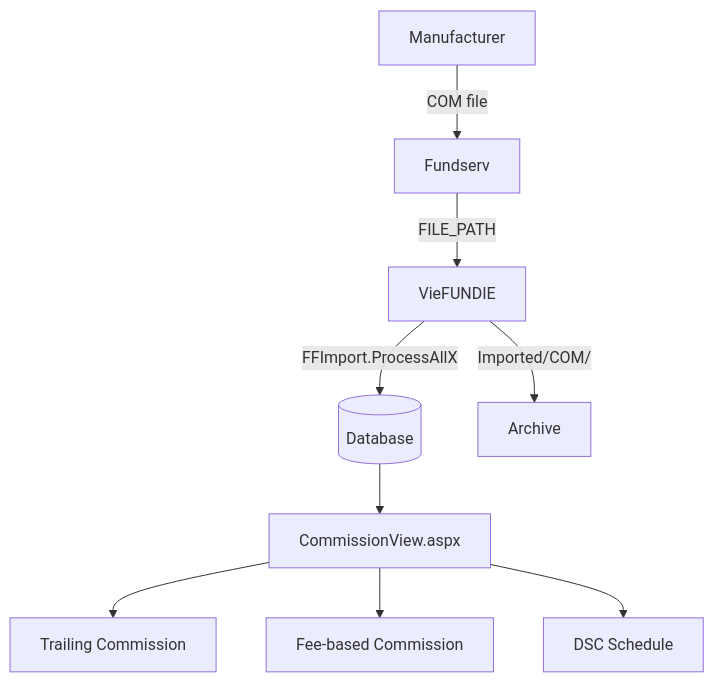
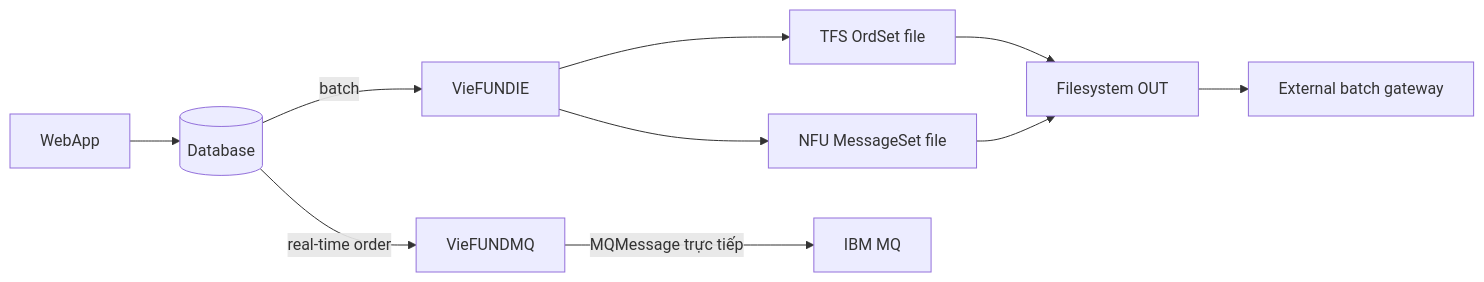
One commit to novemberrain2430/VieFUND_GitBookTest changed the first of 2 diagrams in Docs_V2/topics/fundserv/files-dataflow.md. Above: the diagram before and after it, drawn with Mermaid. The commit also changed other lines of this file and 41 other files, not shown here.

````diff
--- a/Docs_V2/topics/fundserv/files-dataflow.md
+++ b/Docs_V2/topics/fundserv/files-dataflow.md
@@ -469,11 +7,12 @@
 ```mermaid
-flowchart TD
-    MFR[Manufacturer] -->|COM file| FS[Fundserv]
-    FS -->|FILE_PATH| SVC[VieFUNDIE]
-    SVC -->|FFImport.ProcessAllX| DB[(Database)]
-    SVC -->|Imported/COM/| ARCH[Archive]
-    DB --> CV[CommissionView.aspx]
-    CV --> TRAIL[Trailing Commission]
-    CV --> FEE[Fee-based Commission]
-    CV --> DSC[DSC Schedule]
+flowchart LR
+    UI[WebApp] --> DB[(Database)]
+    DB -->|batch| IE[VieFUNDIE]
+    IE --> TFS[TFS OrdSet file]
+    IE --> NFU[NFU MessageSet file]
+    TFS --> OUT[Filesystem OUT]
+    NFU --> OUT
+    OUT --> EXT[External batch gateway]
+    DB -->|real-time order| MQS[VieFUNDMQ]
+    MQS -->|MQMessage trực tiếp| MQ[IBM MQ]
 ```
````
